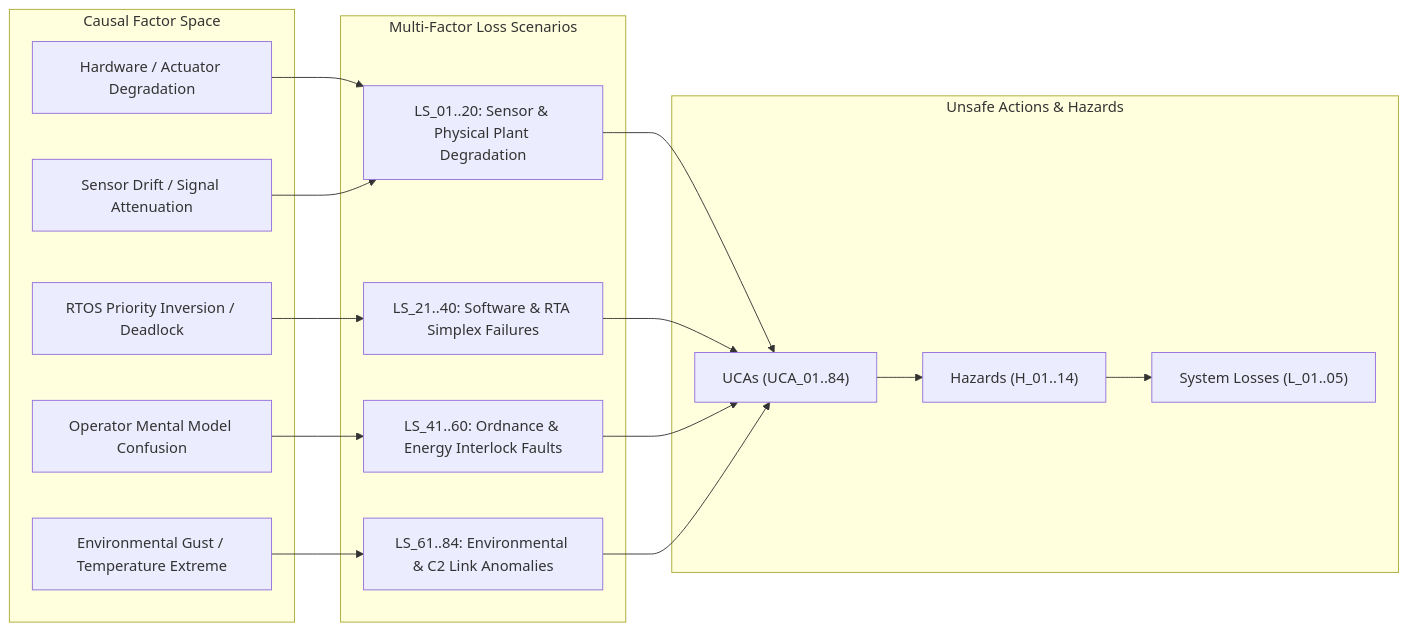
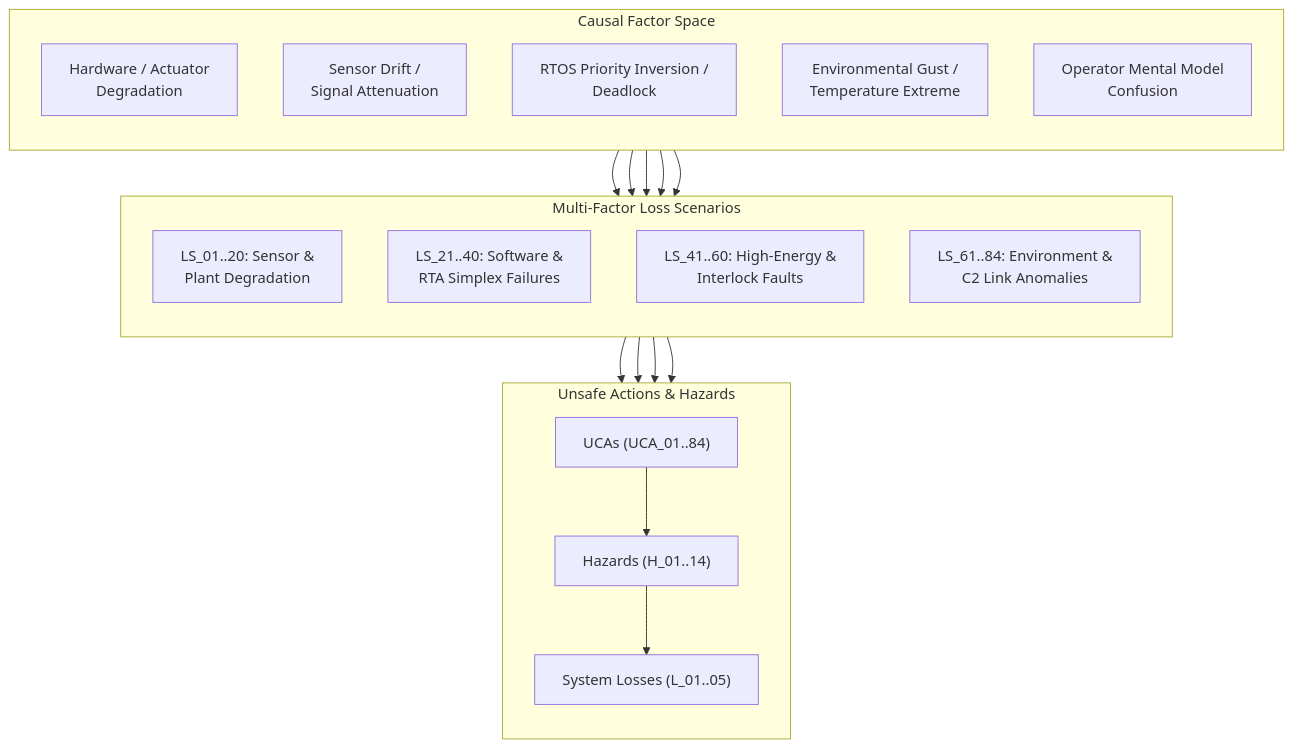
The fifth of 11 diagrams in docs/architecture/blueprints/DEAP_DETERMINISTIC_SAFETY_SPECIFICATION_COMPILER_BLUEPRINT.md (gintatkinson/DEAP01-spec-core), drawn with Mermaid before and after one commit. The commit also changed other lines of this file and 28 other files, not shown here.

````diff
--- a/docs/architecture/blueprints/DEAP_DETERMINISTIC_SAFETY_SPECIFICATION_COMPILER_BLUEPRINT.md
+++ b/docs/architecture/blueprints/DEAP_DETERMINISTIC_SAFETY_SPECIFICATION_COMPILER_BLUEPRINT.md
@@ -387,29 +396,32 @@
 ```mermaid
-flowchart LR
+flowchart TD
     subgraph "Causal Factor Space"
-        C1["Hardware / Actuator Degradation"]
-        C2["Sensor Drift / Signal Attenuation"]
-        C3["RTOS Priority Inversion / Deadlock"]
-        C4["Environmental Gust / Temperature Extreme"]
-        C5["Operator Mental Model Confusion"]
+        direction TB
+        C1["Hardware / Actuator<br/>Degradation"]
+        C2["Sensor Drift /<br/>Signal Attenuation"]
+        C3["RTOS Priority Inversion /<br/>Deadlock"]
+        C4["Environmental Gust /<br/>Temperature Extreme"]
+        C5["Operator Mental Model<br/>Confusion"]
     end
 
     subgraph "Multi-Factor Loss Scenarios"
-        S1["LS_01..20: Sensor & Physical Plant Degradation"]
-        S2["LS_21..40: Software & RTA Simplex Failures"]
-        S3["LS_41..60: Ordnance & Energy Interlock Faults"]
-        S4["LS_61..84: Environmental & C2 Link Anomalies"]
+        direction TB
+        S1["LS_01..20: Sensor &<br/>Plant Degradation"]
+        S2["LS_21..40: Software &<br/>RTA Simplex Failures"]
+        S3["LS_41..60: High-Energy &<br/>Interlock Faults"]
+        S4["LS_61..84: Environment &<br/>C2 Link Anomalies"]
     end
 
     subgraph "Unsafe Actions & Hazards"
+        direction TB
         U["UCAs (UCA_01..84)"]
         H["Hazards (H_01..14)"]
         L["System Losses (L_01..05)"]
     end
 
     C1 & C2 --> S1
     C3 --> S2
     C4 --> S4
     C5 --> S3
     S1 & S2 & S3 & S4 --> U --> H --> L
 ```
````
